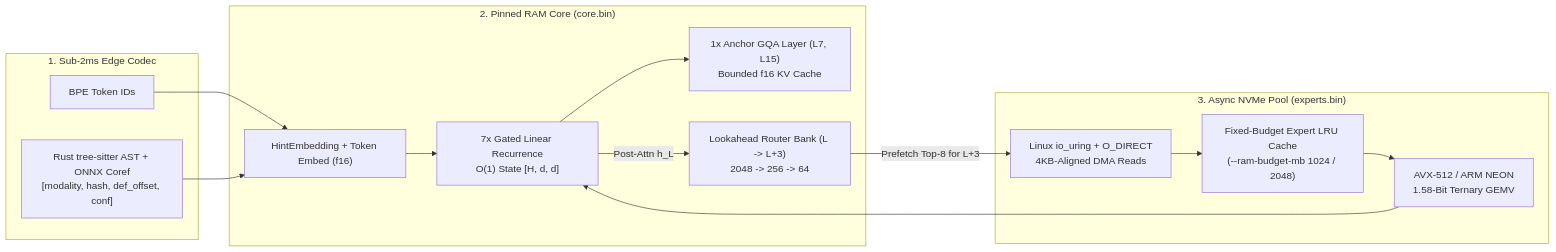
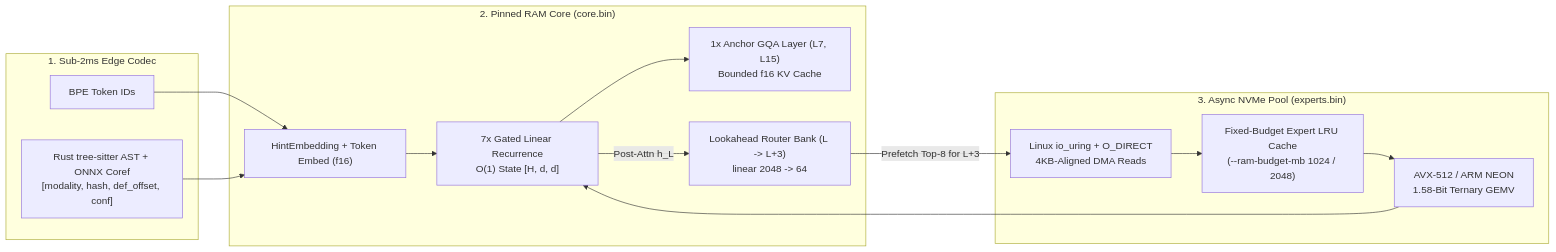
One commit to sswapnil2/terra-llm changed the first of 2 diagrams in ARCHITECTURE.md. Above: the diagram before and after it, drawn with Mermaid. The commit also changed other lines of this file and 22 other files, not shown here.

First line of the commit message:
Implement architecture review fixes and add zero-training control experiments

````diff
--- a/ARCHITECTURE.md
+++ b/ARCHITECTURE.md
@@ -19,27 +26,27 @@
 ```mermaid
 flowchart LR
     subgraph INPUT["1. Sub-2ms Edge Codec"]
         BPE["BPE Token IDs"]
         AST["Rust tree-sitter AST + ONNX Coref<br/>[modality, hash, def_offset, conf]"]
     end
 
     subgraph CORE["2. Pinned RAM Core (core.bin)"]
         HE["HintEmbedding + Token Embed (f16)"]
         REC["7x Gated Linear Recurrence<br/>O(1) State [H, d, d]"]
         GQA["1x Anchor GQA Layer (L7, L15)<br/>Bounded f16 KV Cache"]
-        LOOK["Lookahead Router Bank (L -> L+3)<br/>2048 -> 256 -> 64"]
+        LOOK["Lookahead Router Bank (L -> L+3)<br/>linear 2048 -> 64"]
     end
 
     subgraph NVME["3. Async NVMe Pool (experts.bin)"]
         URING["Linux io_uring + O_DIRECT<br/>4KB-Aligned DMA Reads"]
         LRU["Fixed-Budget Expert LRU Cache<br/>(--ram-budget-mb 1024 / 2048)"]
         SIMD["AVX-512 / ARM NEON<br/>1.58-Bit Ternary GEMV"]
     end
 
     BPE --> HE
     AST --> HE
     HE --> REC --> GQA
     REC -->|"Post-Attn h_L"| LOOK
     LOOK -->|"Prefetch Top-8 for L+3"| URING
     URING --> LRU --> SIMD --> REC
 ```
````
